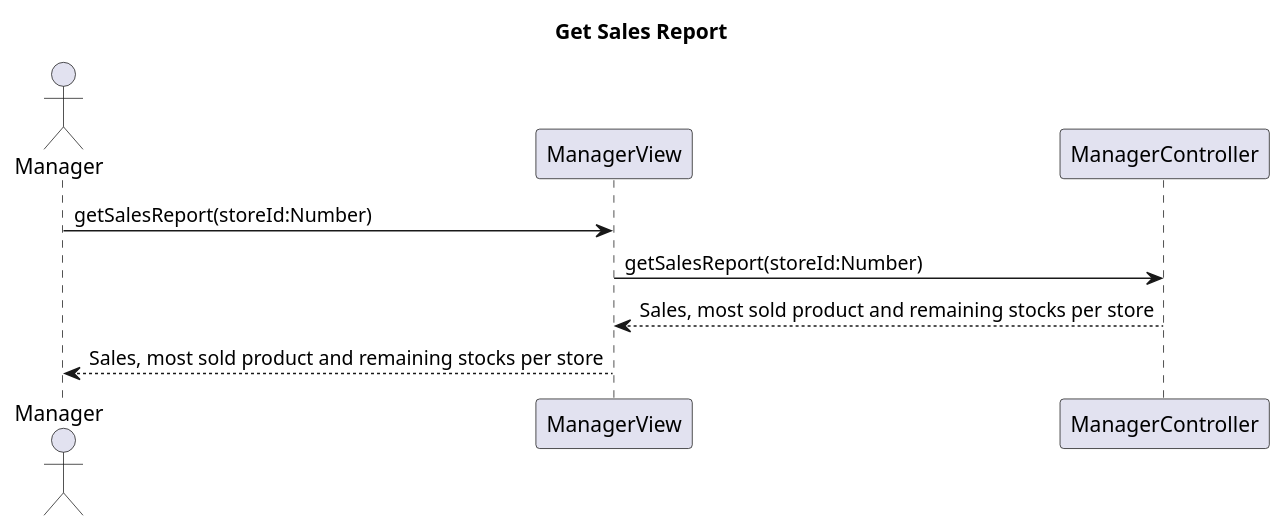
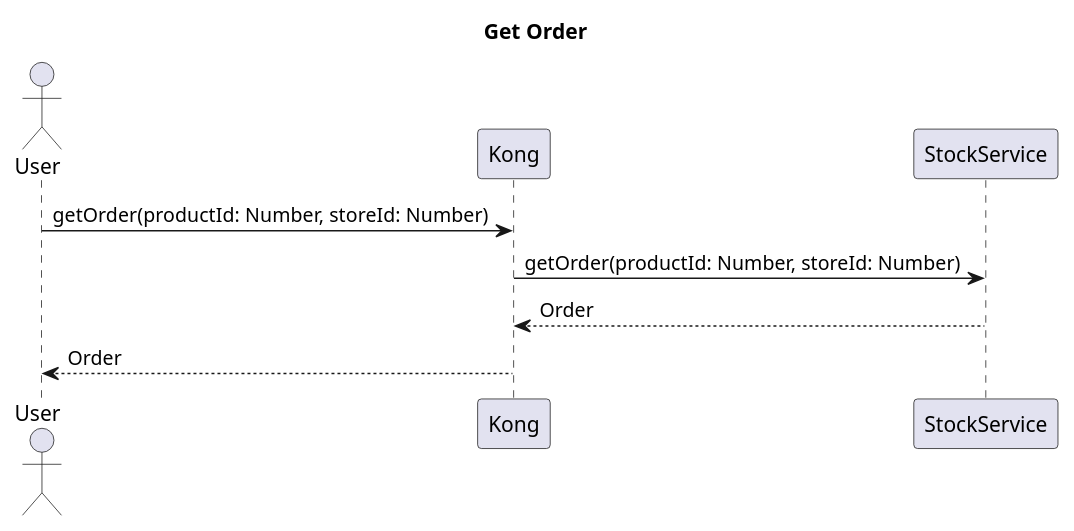
One commit to ThePhobosDeimosSuite/laboratoire-0_log430 changed diagram 19 of 20 in docs/rapport.md. Above: the diagram before and after it, drawn with PlantUML. The commit also changed other lines of this file and 21 other files, not shown here.

```diff
--- a/docs/rapport.md
+++ b/docs/rapport.md
@@ -308,9 +607,9 @@
-@startuml get-sales-report
-title Get Sales Report
-actor Manager
+@startuml get-order
+title Get Order
+actor User
 
-Manager -> ManagerView : getSalesReport(storeId:Number)
-ManagerView -> ManagerController : getSalesReport(storeId:Number)
-ManagerController --> ManagerView  : Sales, most sold product and remaining stocks per store
-ManagerView --> Manager : Sales, most sold product and remaining stocks per store
+User -> Kong : getOrder(productId: Number, storeId: Number)
+Kong -> StockService : getOrder(productId: Number, storeId: Number)
+StockService --> Kong : Order
+Kong --> User : Order
 @enduml
```
